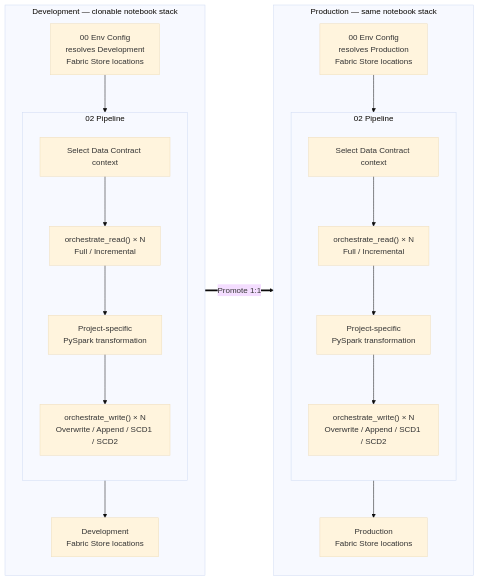
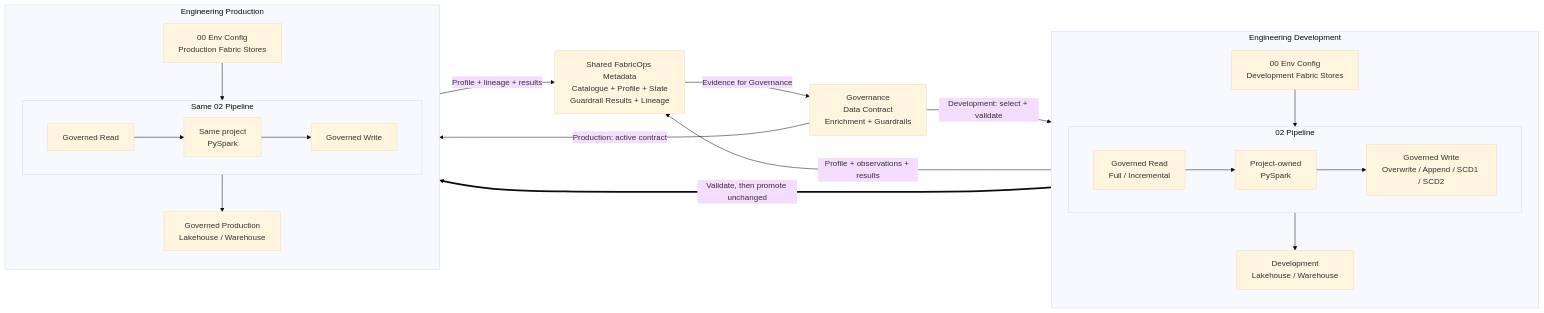
The first of 2 diagrams in docs/solutions/plug-and-play-data-pipelines.md (Voycepeh/FabricOps-Starter-Kit), drawn with Mermaid (base theme) before and after one commit. The commit also changed other lines of this file, not shown here.

Commit message:
docs: strengthen pipeline big picture

````diff
--- a/docs/solutions/plug-and-play-data-pipelines.md
+++ b/docs/solutions/plug-and-play-data-pipelines.md
@@ -22,34 +22,41 @@
 ```mermaid
 flowchart LR
-    subgraph DEV["Development — clonable notebook stack"]
+    GOV["Governance<br/>Data Contract<br/>Enrichment + Guardrails"]
+
+    subgraph DEV["Engineering Development"]
         direction TB
-        DEV_ENV["00 Env Config<br/>resolves Development<br/>Fabric Store locations"]
+        DEV_ENV["00 Env Config<br/>Development Fabric Stores"]
         subgraph DEV_PIPE["02 Pipeline"]
-            direction TB
-            DEV_CONTRACT["Select Data Contract context"]
-            DEV_READ["orchestrate_read() × N<br/>Full / Incremental"]
-            DEV_TRANSFORM["Project-specific<br/>PySpark transformation"]
-            DEV_WRITE["orchestrate_write() × N<br/>Overwrite / Append / SCD1 / SCD2"]
-            DEV_CONTRACT --> DEV_READ --> DEV_TRANSFORM --> DEV_WRITE
+            direction LR
+            DEV_READ["Governed Read<br/>Full / Incremental"]
+            DEV_TRANSFORM["Project-owned<br/>PySpark"]
+            DEV_WRITE["Governed Write<br/>Overwrite / Append / SCD1 / SCD2"]
+            DEV_READ --> DEV_TRANSFORM --> DEV_WRITE
         end
         DEV_ENV --> DEV_PIPE
-        DEV_PIPE --> DEV_RES["Development<br/>Fabric Store locations"]
+        DEV_PIPE --> DEV_DATA["Development<br/>Lakehouse / Warehouse"]
     end
 
-    subgraph PROD["Production — same notebook stack"]
+    META["Shared FabricOps Metadata<br/>Catalogue + Profile + State<br/>Guardrail Results + Lineage"]
+
+    subgraph PROD["Engineering Production"]
         direction TB
-        PROD_ENV["00 Env Config<br/>resolves Production<br/>Fabric Store locations"]
-        subgraph PROD_PIPE["02 Pipeline"]
-            direction TB
-            PROD_CONTRACT["Select Data Contract context"]
-            PROD_READ["orchestrate_read() × N<br/>Full / Incremental"]
-            PROD_TRANSFORM["Project-specific<br/>PySpark transformation"]
-            PROD_WRITE["orchestrate_write() × N<br/>Overwrite / Append / SCD1 / SCD2"]
-            PROD_CONTRACT --> PROD_READ --> PROD_TRANSFORM --> PROD_WRITE
+        PROD_ENV["00 Env Config<br/>Production Fabric Stores"]
+        subgraph PROD_PIPE["Same 02 Pipeline"]
+            direction LR
+            PROD_READ["Governed Read"]
+            PROD_TRANSFORM["Same project<br/>PySpark"]
+            PROD_WRITE["Governed Write"]
+            PROD_READ --> PROD_TRANSFORM --> PROD_WRITE
         end
         PROD_ENV --> PROD_PIPE
-        PROD_PIPE --> PROD_RES["Production<br/>Fabric Store locations"]
+        PROD_PIPE --> PROD_DATA["Governed Production<br/>Lakehouse / Warehouse"]
     end
 
-    DEV ==>|"Promote 1:1"| PROD
+    GOV -->|"Development: select + validate"| DEV_PIPE
+    DEV_PIPE -->|"Profile + observations + results"| META
+    META -->|"Evidence for Governance"| GOV
+    DEV_PIPE ==>|"Validate, then promote unchanged"| PROD_PIPE
+    GOV -->|"Production: active contract"| PROD_PIPE
+    PROD_PIPE -->|"Profile + lineage + results"| META
 ```
````
